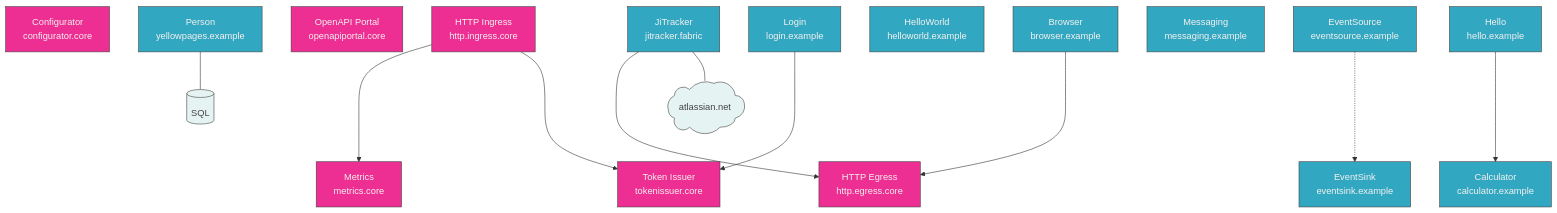
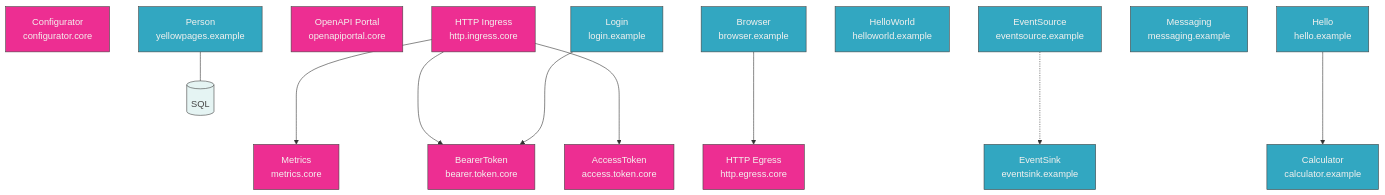
The diagram in main/topology.mmd (bhardwajRahul/fabric), drawn with Mermaid before and after one commit. The commit also changed 157 other files, not shown here.

Commit message:
Two-token auth: bearer and access

```diff
--- a/main/topology.mmd
+++ b/main/topology.mmd
@@ -1,22 +1,23 @@
 graph TB
     classDef core fill:#ed2e92,color:#f4f2ef,stroke:#434343
     classDef svc fill:#32a7c1,color:#f4f2ef,stroke:#434343
     classDef ext fill:#e5f4f3,color:#434343,stroke:#434343
 
     configurator.core[Configurator<br>configurator.core]
+    access.token.core[AccessToken<br>access.token.core]
+    bearer.token.core[BearerToken<br>bearer.token.core]
     http.ingress.core[HTTP Ingress<br>http.ingress.core] ---> metrics.core[Metrics<br>metrics.core]
-    http.ingress.core ---> tokenissuer.core[Token Issuer<br>tokenissuer.core]
+    http.ingress.core ---> bearer.token.core
+    http.ingress.core ---> access.token.core
     openapiportal.core[OpenAPI Portal<br>openapiportal.core]
     browser.example[Browser<br>browser.example] ---> http.egress.core[HTTP Egress<br>http.egress.core]
     eventsource.example[EventSource<br>eventsource.example] -..-> eventsink.example[EventSink<br>eventsink.example]
     hello.example[Hello<br>hello.example] ---> calculator.example[Calculator<br>calculator.example]
     helloworld.example[HelloWorld<br>helloworld.example]
-    login.example[Login<br>login.example] ---> tokenissuer.core
+    login.example[Login<br>login.example] ---> bearer.token.core
     messaging.example[Messaging<br>messaging.example]
     yellowpages.example[Person<br>yellowpages.example] --- yellowpages.example.db[(SQL)]
-    jitracker.fabric[JiTracker<br>jitracker.fabric] ---> http.egress.core
-    jitracker.fabric --- jitracker.fabric.cloud@{shape: cloud, label: "atlassian.net"}
 
-    class hello.example,calculator.example,browser.example,login.example,eventsource.example,eventsink.example,yellowpages.example,helloworld.example,messaging.example,jitracker.fabric svc
-    class http.ingress.core,metrics.core,tokenissuer.core,http.egress.core,configurator.core,openapiportal.core core
-    class yellowpages.example.db,jitracker.fabric.cloud ext
+    class hello.example,calculator.example,browser.example,login.example,eventsource.example,eventsink.example,yellowpages.example,helloworld.example,messaging.example svc
+    class http.ingress.core,metrics.core,bearer.token.core,access.token.core,http.egress.core,configurator.core,openapiportal.core core
+    class yellowpages.example.db ext
```
